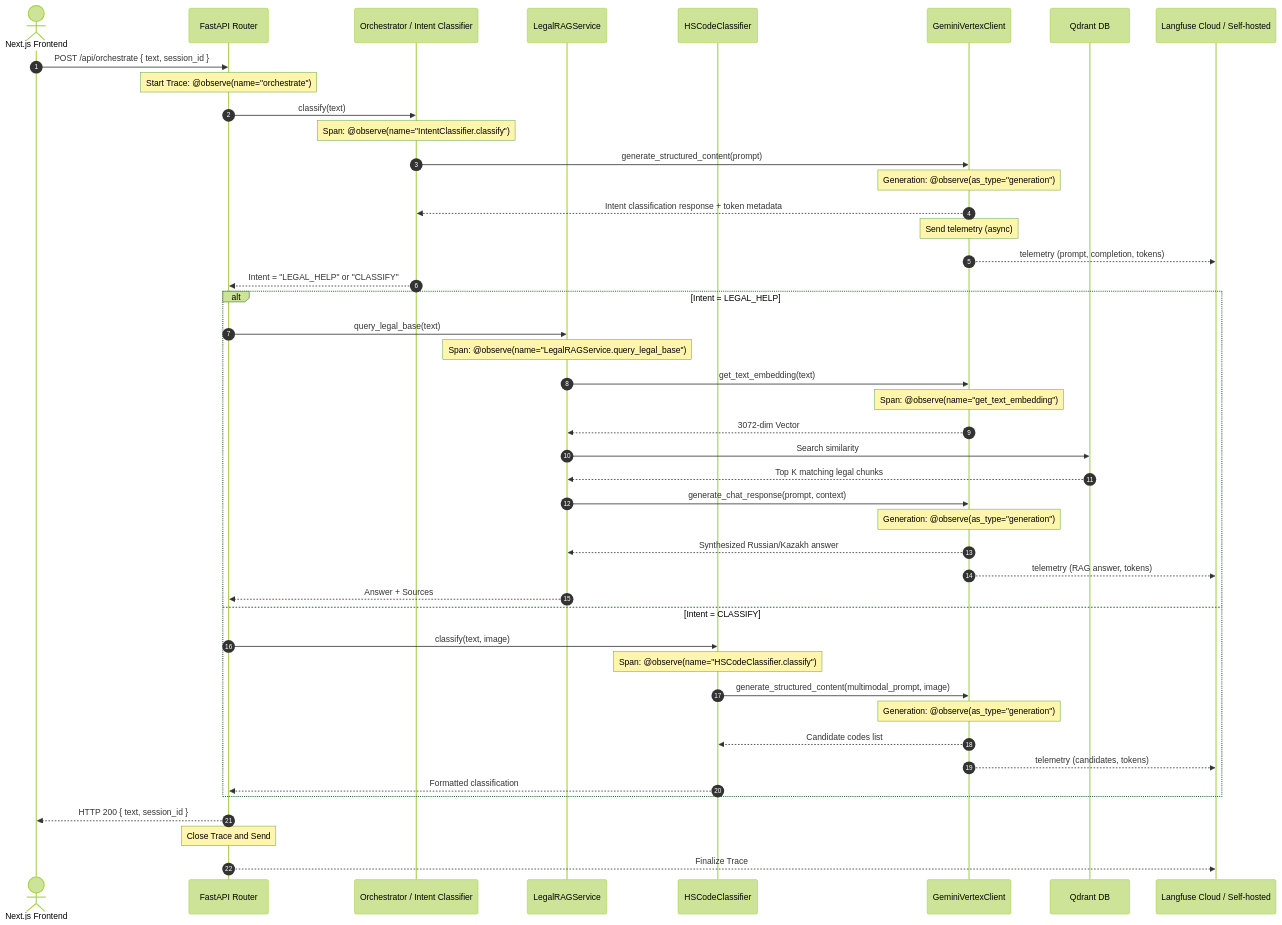
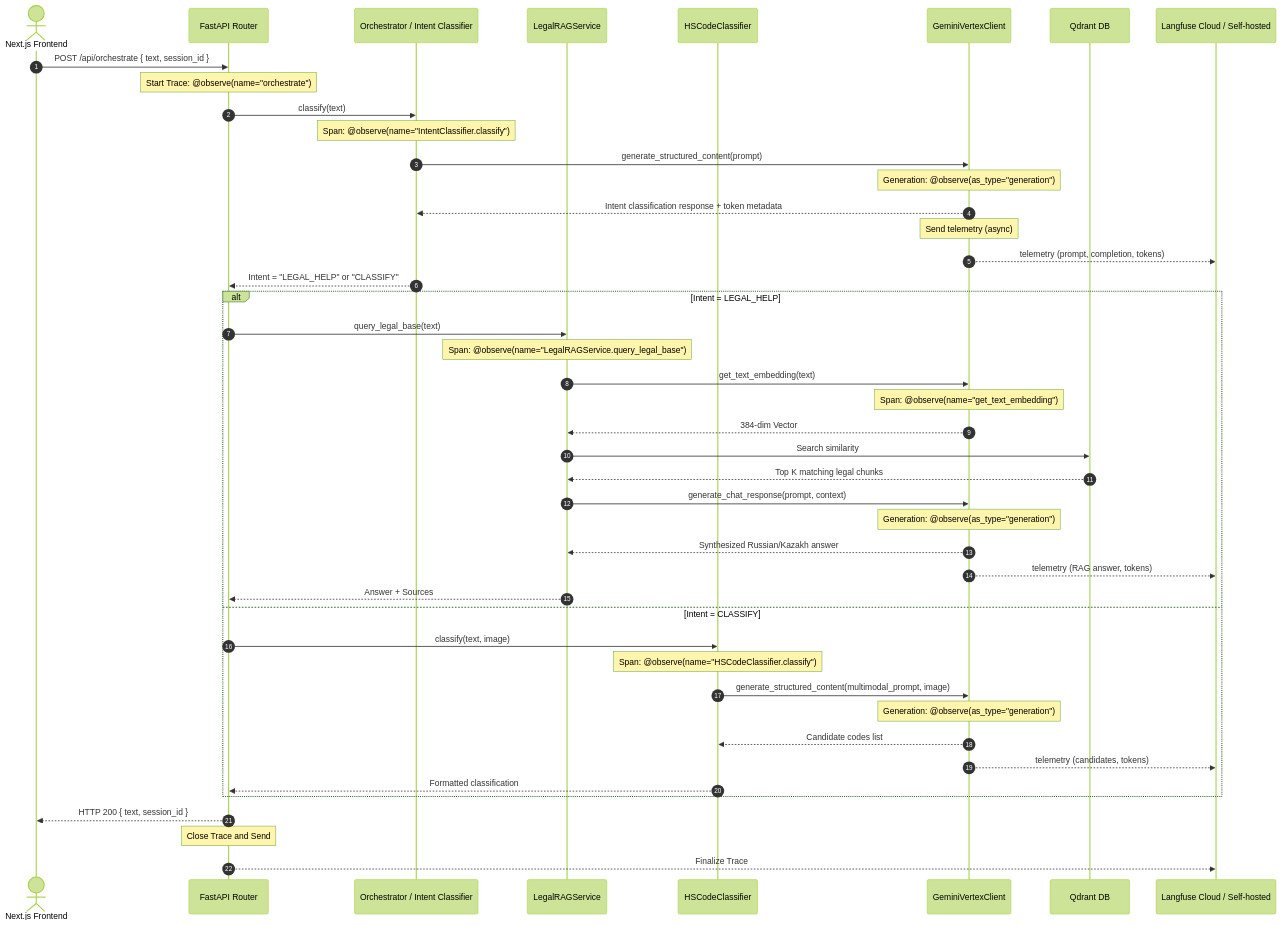
Before and after one commit to Laurentzius/smartkeden: the first of 2 diagrams in flows/features/langfuse_monitoring_flow.md, drawn with Mermaid (forest theme). The commit also changed other lines of this file and 32 other files, not shown here.

````diff
--- a/flows/features/langfuse_monitoring_flow.md
+++ b/flows/features/langfuse_monitoring_flow.md
@@ -44,50 +44,50 @@
 ```mermaid
 sequenceDiagram
     autonumber
     actor User as Next.js Frontend
     participant API as FastAPI Router
     participant Orchestrator as Orchestrator / Intent Classifier
     participant RAG as LegalRAGService
     participant HS as HSCodeClassifier
     participant Vertex as GeminiVertexClient
     participant Qdrant as Qdrant DB
     participant Langfuse as Langfuse Cloud / Self-hosted
 
     User->>API: POST /api/orchestrate { text, session_id }
     Note over API: Start Trace: @observe(name="orchestrate")
     API->>Orchestrator: classify(text)
     Note over Orchestrator: Span: @observe(name="IntentClassifier.classify")
     Orchestrator->>Vertex: generate_structured_content(prompt)
     Note over Vertex: Generation: @observe(as_type="generation")
     Vertex-->>Orchestrator: Intent classification response + token metadata
     Note over Vertex: Send telemetry (async)
     Vertex-->>Langfuse: telemetry (prompt, completion, tokens)
     Orchestrator-->>API: Intent = "LEGAL_HELP" or "CLASSIFY"
     
     alt Intent = LEGAL_HELP
         API->>RAG: query_legal_base(text)
         Note over RAG: Span: @observe(name="LegalRAGService.query_legal_base")
         RAG->>Vertex: get_text_embedding(text)
         Note over Vertex: Span: @observe(name="get_text_embedding")
-        Vertex-->>RAG: 3072-dim Vector
+        Vertex-->>RAG: 384-dim Vector
         RAG->>Qdrant: Search similarity
         Qdrant-->>RAG: Top K matching legal chunks
         RAG->>Vertex: generate_chat_response(prompt, context)
         Note over Vertex: Generation: @observe(as_type="generation")
         Vertex-->>RAG: Synthesized Russian/Kazakh answer
         Vertex-->>Langfuse: telemetry (RAG answer, tokens)
         RAG-->>API: Answer + Sources
     else Intent = CLASSIFY
         API->>HS: classify(text, image)
         Note over HS: Span: @observe(name="HSCodeClassifier.classify")
         HS->>Vertex: generate_structured_content(multimodal_prompt, image)
         Note over Vertex: Generation: @observe(as_type="generation")
         Vertex-->>HS: Candidate codes list
         Vertex-->>Langfuse: telemetry (candidates, tokens)
         HS-->>API: Formatted classification
     end
 
     API-->>User: HTTP 200 { text, session_id }
     Note over API: Close Trace and Send
     API-->>Langfuse: Finalize Trace
 ```
````
